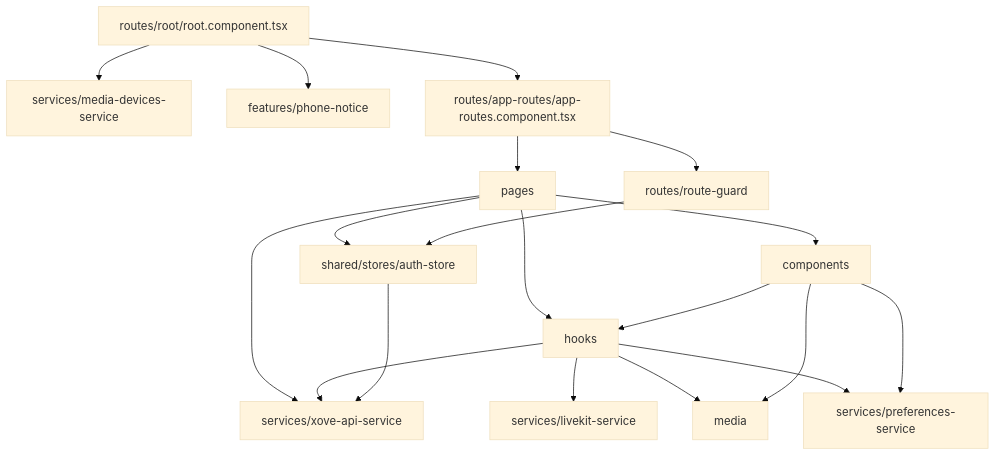
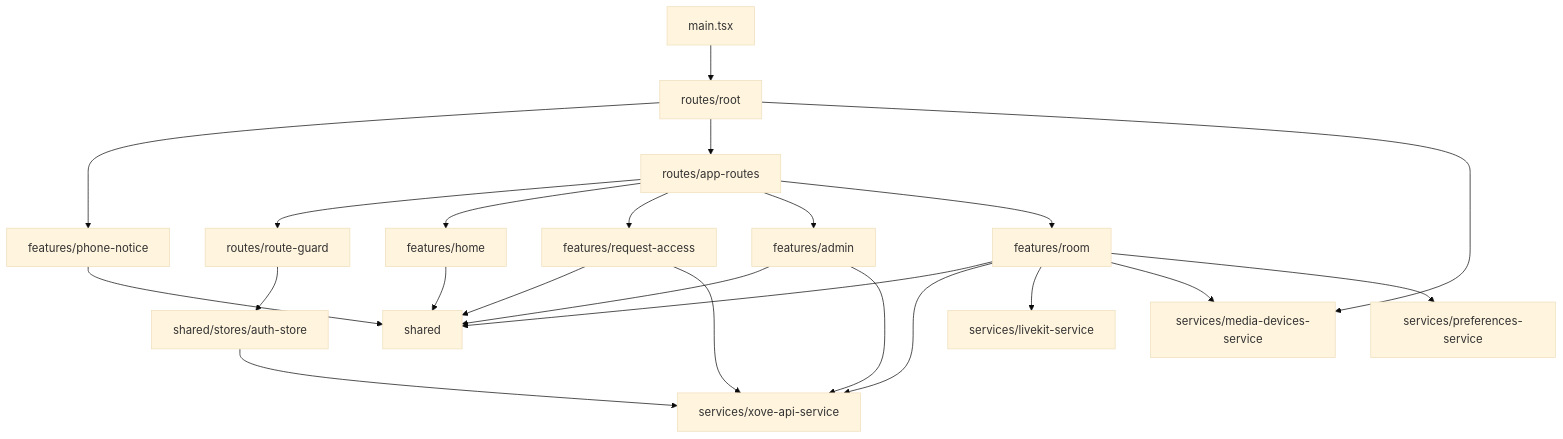
One commit to Hbrauveres/xove-web changed the second of 4 diagrams in docs/architecture.md. Above: the diagram before and after it, drawn with Mermaid (base theme). The commit also changed other lines of this file and 206 other files, not shown here.

First line of the commit message:
refactor(web): home, request access and admin as features on the design system (0194) (#273)

````diff
--- a/docs/architecture.md
+++ b/docs/architecture.md
@@ -48,21 +50,25 @@
 ```mermaid
 flowchart TD
-  P[pages] --> C[components]
-  P --> H[hooks]
-  P --> A[services/xove-api-service]
-  C --> H
-  H --> A
-  H --> LK[services/livekit-service]
-  H --> M[media]
-  C --> M
-  H --> PR[services/preferences-service]
-  C --> PR
-  P --> AU[shared/stores/auth-store]
+  M[main.tsx] --> R[routes/root]
+  R --> N[features/phone-notice]
+  R --> APP[routes/app-routes]
+  APP --> G[routes/route-guard]
+  APP --> HO[features/home]
+  APP --> RA[features/request-access]
+  APP --> AD[features/admin]
+  APP --> RO[features/room]
+  HO --> SH[shared]
+  RA --> SH
+  AD --> SH
+  RO --> SH
+  N --> SH
+  G --> AU[shared/stores/auth-store]
+  RA --> A[services/xove-api-service]
+  AD --> A
+  RO --> A
+  RO --> LK[services/livekit-service]
+  RO --> D[services/media-devices-service]
+  RO --> PR[services/preferences-service]
   AU --> A
-  R[routes/root/root.component.tsx] --> D[services/media-devices-service]
-  R --> N[features/phone-notice]
-  R --> APP[routes/app-routes/app-routes.component.tsx]
-  APP --> G[routes/route-guard]
-  G --> AU
-  APP --> P
+  R --> D
 ```
````
